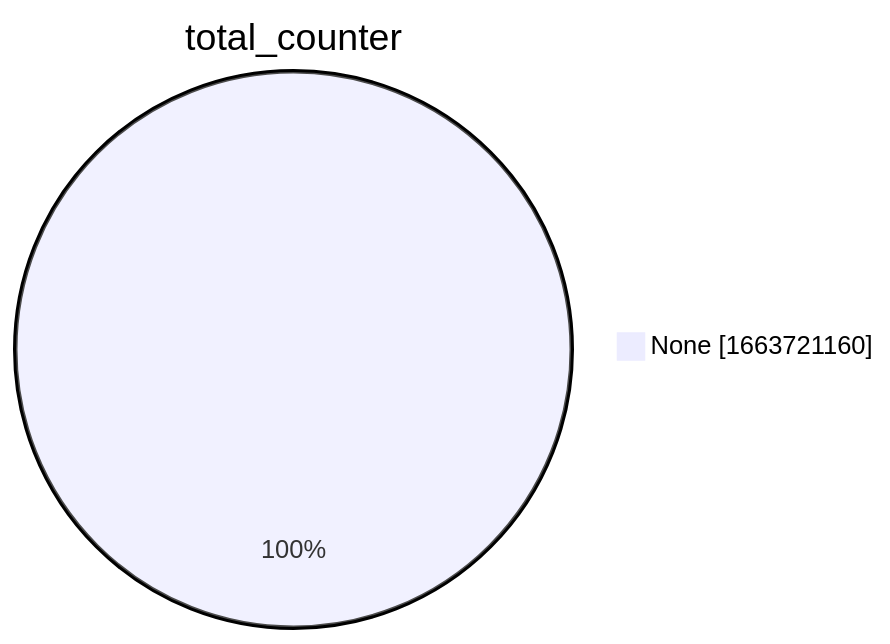
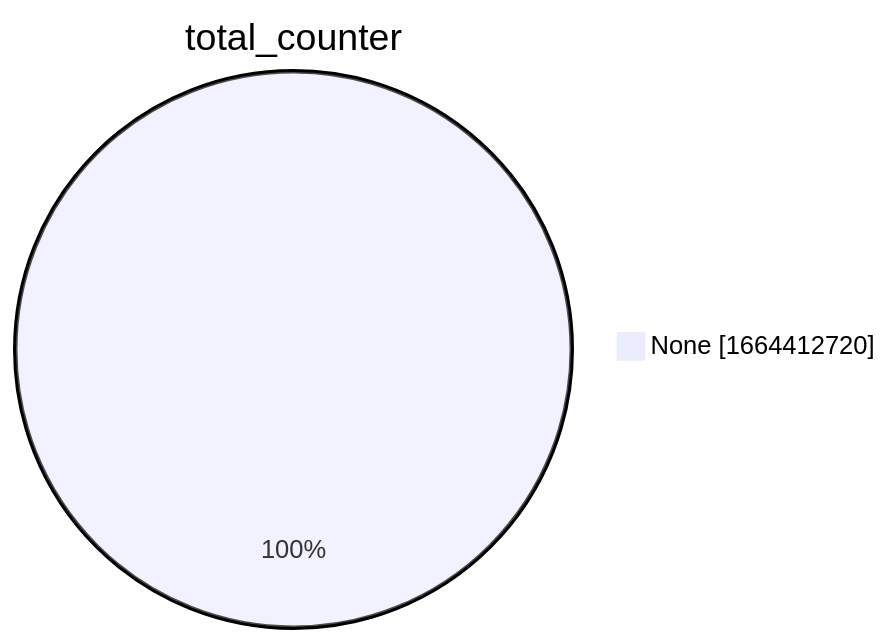
Before and after one commit to christiankrug/ctmonitor_visualization: the second of 15 diagrams in xenon2022/README.md, drawn with Mermaid. The commit also changed other lines of this file, not shown here.

````diff
--- a/xenon2022/README.md
+++ b/xenon2022/README.md
@@ -9,5 +9,5 @@
 ```mermaid
 pie showData
 title total_counter
-"None" :1663721160
+"None" :1664412720
 ```
````
